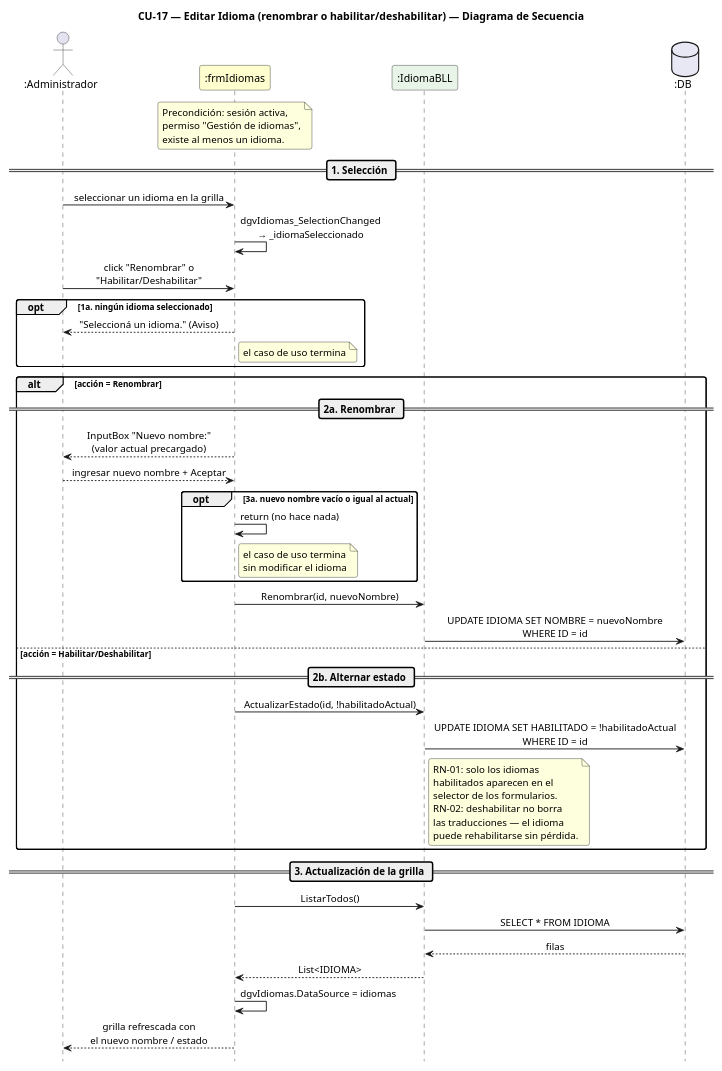
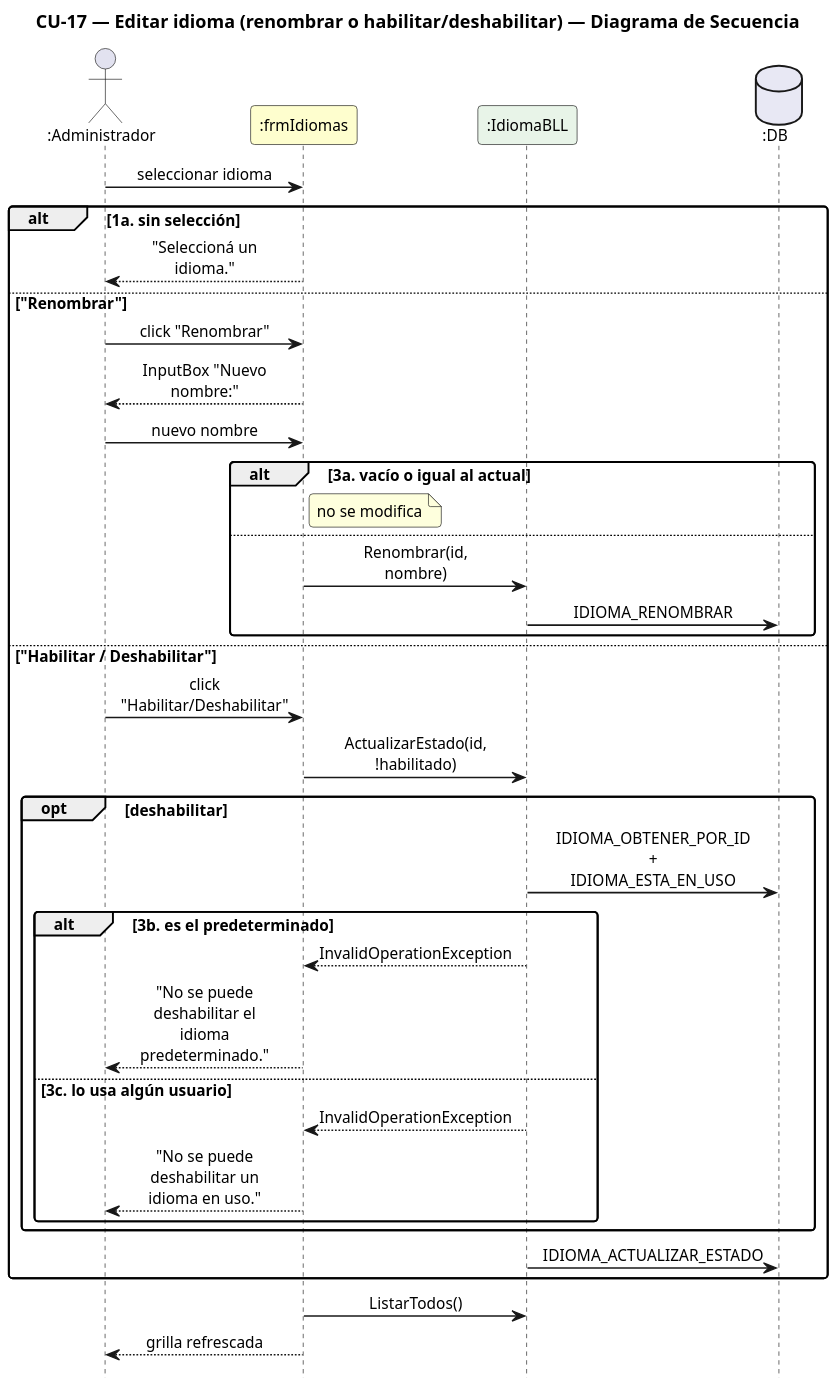
Before and after one commit to Urrels/ingenieria_software: the diagram in DIAGRAMAS/DiagramaSecuencia_CU17_EditarIdioma.puml, drawn with PlantUML. The commit also changed 82 other files, not shown here.

First line of the commit message:
Casos de uso y diagramas de secuencia actualizados (CU-01 a CU-37)

```diff
--- a/DIAGRAMAS/DiagramaSecuencia_CU17_EditarIdioma.puml
+++ b/DIAGRAMAS/DiagramaSecuencia_CU17_EditarIdioma.puml
@@ -1,92 +1,52 @@
 @startuml DiagramaSecuencia_CU17_EditarIdioma
 
-title CU-17 — Editar Idioma (renombrar o habilitar/deshabilitar) — Diagrama de Secuencia
+title CU-17 — Editar idioma (renombrar o habilitar/deshabilitar) — Diagrama de Secuencia
 
 skinparam shadowing false
 skinparam roundcorner 6
 skinparam sequenceArrowThickness 1.2
-skinparam ParticipantPadding 14
+skinparam ParticipantPadding 6
+skinparam BoxPadding 4
+skinparam maxMessageSize 115
 skinparam sequenceMessageAlign center
+skinparam defaultFontSize 12
+skinparam dpi 140
 hide footbox
-scale 0.85
 
-' ─────────────────────────────────────────
-' Participantes en orden de aparición
-' ─────────────────────────────────────────
-actor       ":Administrador" as A
-participant ":frmIdiomas"    as FI #FEFECE
-participant ":IdiomaBLL"     as IB #E8F4E8
-database    ":DB"            as DB #E8E8F4
+actor ":Administrador" as A
+participant ":frmIdiomas" as F #FEFECE
+participant ":IdiomaBLL" as IB #E8F4E8
+database ":DB" as DB #E8E8F4
 
-note over FI
-  Precondición: sesión activa,
-  permiso "Gestión de idiomas",
-  existe al menos un idioma.
-end note
-
-' ─────────────────────────────────────────
-' SELECCIÓN
-' ─────────────────────────────────────────
-== 1. Selección ==
-
-A -> FI : seleccionar un idioma en la grilla
-FI -> FI : dgvIdiomas_SelectionChanged\n→ _idiomaSeleccionado
-
-A -> FI : click "Renombrar" o\n"Habilitar/Deshabilitar"
-
-opt 1a. ningún idioma seleccionado
-  FI --> A : "Seleccioná un idioma." (Aviso)
-  note right of FI : el caso de uso termina
+A -> F : seleccionar idioma
+alt 1a. sin selección
+  F --> A : "Seleccioná un idioma."
+else "Renombrar"
+  A -> F : click "Renombrar"
+  F --> A : InputBox "Nuevo nombre:"
+  A -> F : nuevo nombre
+  alt 3a. vacío o igual al actual
+    note right of F : no se modifica
+  else
+    F -> IB : Renombrar(id, nombre)
+    IB -> DB : IDIOMA_RENOMBRAR
+  end
+else "Habilitar / Deshabilitar"
+  A -> F : click "Habilitar/Deshabilitar"
+  F -> IB : ActualizarEstado(id, !habilitado)
+  opt deshabilitar
+    IB -> DB : IDIOMA_OBTENER_POR_ID + IDIOMA_ESTA_EN_USO
+    alt 3b. es el predeterminado
+      IB --> F : InvalidOperationException
+      F --> A : "No se puede deshabilitar el idioma predeterminado."
+    else 3c. lo usa algún usuario
+      IB --> F : InvalidOperationException
+      F --> A : "No se puede deshabilitar un idioma en uso."
+    end
+  end
+  IB -> DB : IDIOMA_ACTUALIZAR_ESTADO
 end
-
-alt acción = Renombrar
-
-  ' ─────────────────────────────────────────
-  ' RENOMBRAR
-  ' ─────────────────────────────────────────
-  == 2a. Renombrar ==
-
-  FI --> A : InputBox "Nuevo nombre:"\n(valor actual precargado)
-  A --> FI : ingresar nuevo nombre + Aceptar
-
-  opt 3a. nuevo nombre vacío o igual al actual
-    FI -> FI : return (no hace nada)
-    note right of FI : el caso de uso termina\nsin modificar el idioma
-  end
-
-  FI -> IB : Renombrar(id, nuevoNombre)
-  IB -> DB : UPDATE IDIOMA SET NOMBRE = nuevoNombre\nWHERE ID = id
-
-else acción = Habilitar/Deshabilitar
-
-  ' ─────────────────────────────────────────
-  ' ALTERNAR ESTADO
-  ' ─────────────────────────────────────────
-  == 2b. Alternar estado ==
-
-  FI -> IB : ActualizarEstado(id, !habilitadoActual)
-  IB -> DB : UPDATE IDIOMA SET HABILITADO = !habilitadoActual\nWHERE ID = id
-
-  note right of IB
-    RN-01: solo los idiomas
-    habilitados aparecen en el
-    selector de los formularios.
-    RN-02: deshabilitar no borra
-    las traducciones — el idioma
-    puede rehabilitarse sin pérdida.
-  end note
-end
-
-' ─────────────────────────────────────────
-' ACTUALIZACIÓN DE LA GRILLA
-' ─────────────────────────────────────────
-== 3. Actualización de la grilla ==
-
-FI -> IB : ListarTodos()
-IB -> DB : SELECT * FROM IDIOMA
-DB --> IB : filas
-IB --> FI : List<IDIOMA>
-FI -> FI : dgvIdiomas.DataSource = idiomas
-FI --> A : grilla refrescada con\nel nuevo nombre / estado
+F -> IB : ListarTodos()
+F --> A : grilla refrescada
 
 @enduml
```
